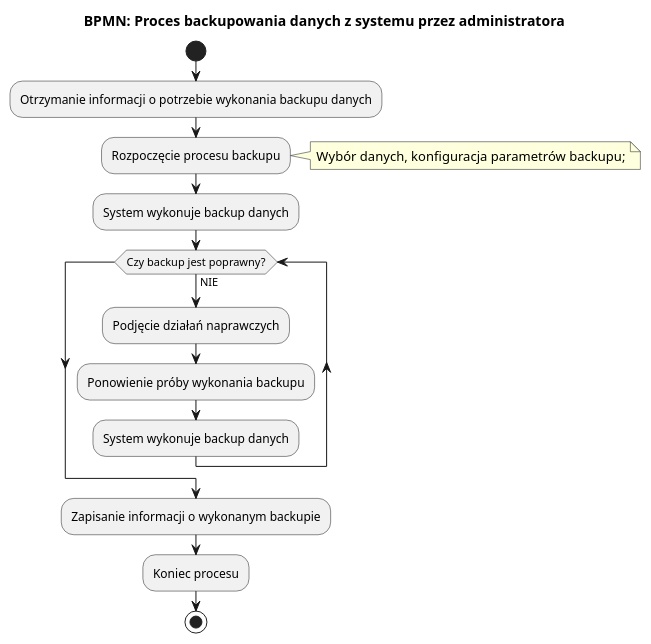
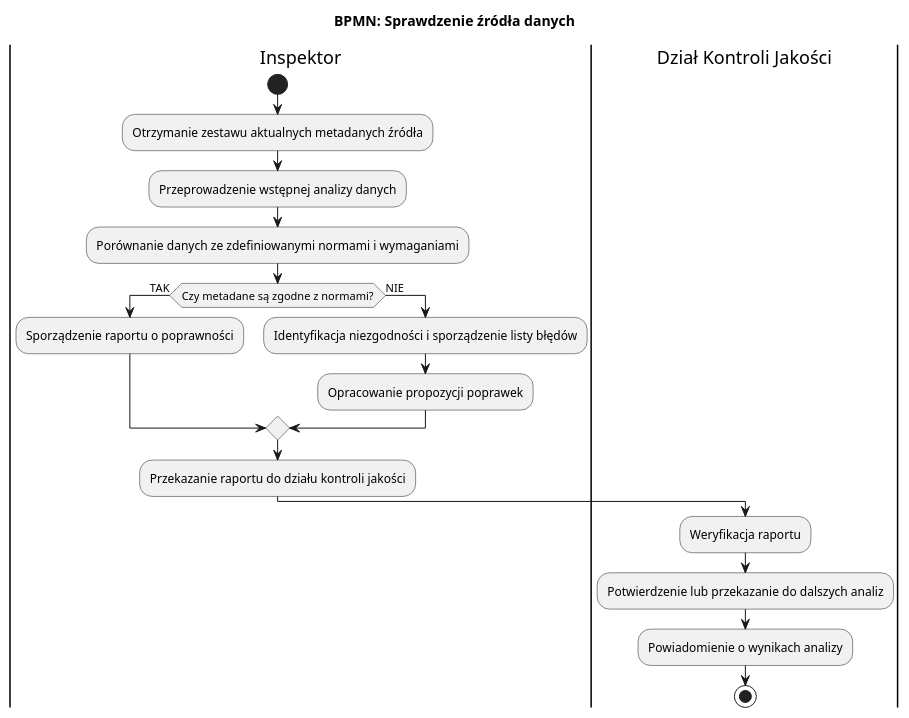
The diagram in dokumentacja/specyfikacja.wymagan/2.opis.biznesu/procesy.biznesowe/aktualne/A_PB0003.puml (falkowp/IWO25L), drawn with PlantUML before and after one commit. The commit also changed 16 other files, not shown here.

```diff
--- a/dokumentacja/specyfikacja.wymagan/2.opis.biznesu/procesy.biznesowe/aktualne/A_PB0003.puml
+++ b/dokumentacja/specyfikacja.wymagan/2.opis.biznesu/procesy.biznesowe/aktualne/A_PB0003.puml
@@ -1,18 +1,21 @@
 @startuml
-title BPMN: Proces backupowania danych z systemu przez administratora
+title BPMN: Sprawdzenie źródła danych
 
-|Administrator|
+|Inspektor|
 start
-:Otrzymanie informacji o potrzebie wykonania backupu danych;
-:Rozpoczęcie procesu backupu;
-note right: Wybór danych, konfiguracja parametrów backupu;
-:System wykonuje backup danych;
-while (Czy backup jest poprawny?) is (NIE)
-  :Podjęcie działań naprawczych;
-  :Ponowienie próby wykonania backupu;
-  :System wykonuje backup danych;
-endwhile
-:Zapisanie informacji o wykonanym backupie;
-:Koniec procesu;
+:Otrzymanie zestawu aktualnych metadanych źródła;
+:Przeprowadzenie wstępnej analizy danych;
+:Porównanie danych ze zdefiniowanymi normami i wymaganiami;
+if (Czy metadane są zgodne z normami?) then (TAK)
+  :Sporządzenie raportu o poprawności;
+else (NIE)
+  :Identyfikacja niezgodności i sporządzenie listy błędów;
+  :Opracowanie propozycji poprawek;
+endif
+:Przekazanie raportu do działu kontroli jakości;
+|Dział Kontroli Jakości|
+:Weryfikacja raportu;
+:Potwierdzenie lub przekazanie do dalszych analiz;
+:Powiadomienie o wynikach analizy;
 stop
 @enduml
```
